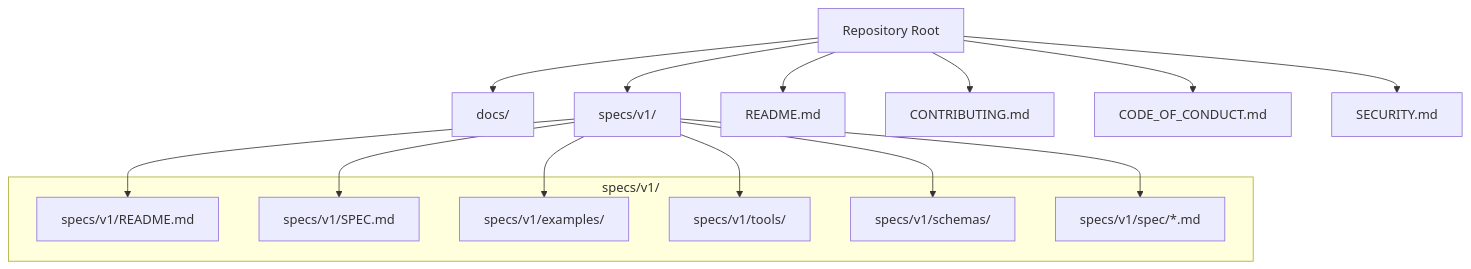
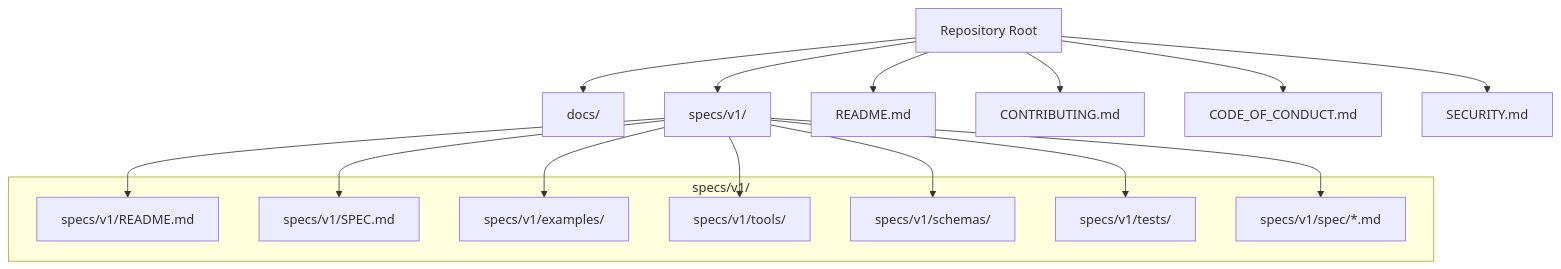
Before and after one commit to asukhodko/opskarta: the first of 7 diagrams in .qoder/repowiki/en/content/Development and Contributing.md, drawn with Mermaid. The commit also changed other lines of this file and 5 other files, not shown here.

````diff
--- a/.qoder/repowiki/en/content/Development and Contributing.md
+++ b/.qoder/repowiki/en/content/Development and Contributing.md
@@ -44,30 +61,32 @@
 ```mermaid
 graph TB
 root["Repository Root"]
 docs["docs/"]
 specs["specs/v1/"]
 readme_root["README.md"]
 contributing["CONTRIBUTING.md"]
 coc["CODE_OF_CONDUCT.md"]
 security["SECURITY.md"]
 subgraph "specs/v1/"
 v1_readme["specs/v1/README.md"]
 v1_spec["specs/v1/SPEC.md"]
 v1_examples["specs/v1/examples/"]
 v1_tools["specs/v1/tools/"]
 v1_schemas["specs/v1/schemas/"]
+v1_tests["specs/v1/tests/"]
 v1_spec_parts["specs/v1/spec/*.md"]
 end
 root --> docs
 root --> specs
 root --> readme_root
 root --> contributing
 root --> coc
 root --> security
 specs --> v1_readme
 specs --> v1_spec
 specs --> v1_examples
 specs --> v1_tools
 specs --> v1_schemas
+specs --> v1_tests
 specs --> v1_spec_parts
 ```
````
